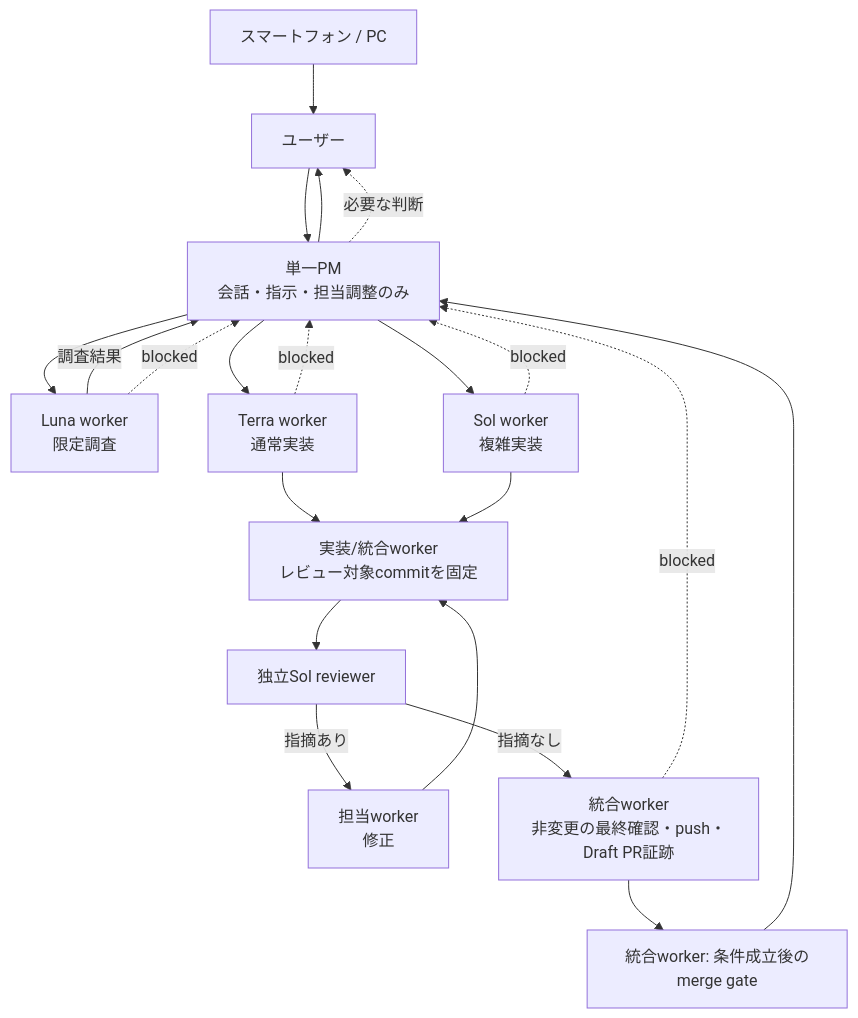
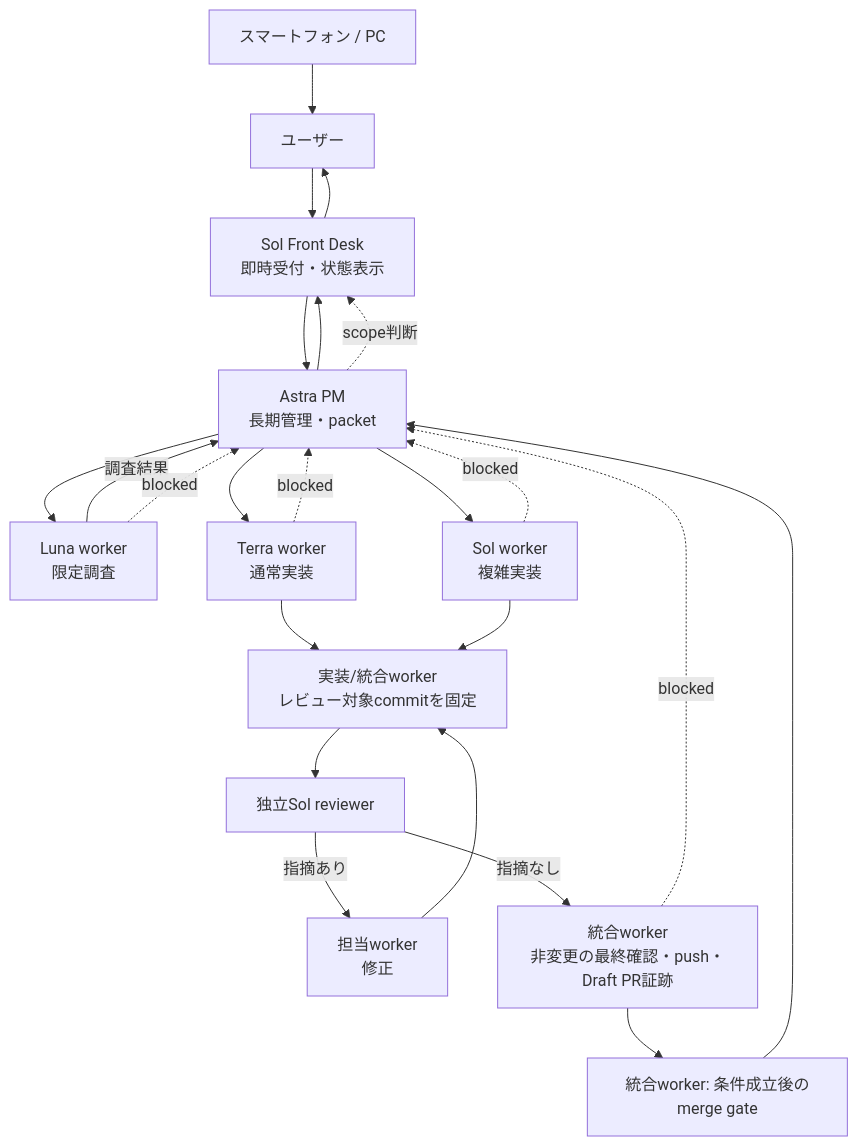
One commit to yomote/agent-world changed the diagram in docs/runbooks/pm-workflow.md. Above: the diagram before and after it, drawn with Mermaid. The commit also changed other lines of this file and 10 other files, not shown here.

Commit message:
feat: split front desk and PM control

````diff
--- a/docs/runbooks/pm-workflow.md
+++ b/docs/runbooks/pm-workflow.md
@@ -22,23 +31,25 @@
 ```mermaid
 flowchart TD
   Device[スマートフォン / PC] --> User[ユーザー]
-  User --> PM[単一PM<br/>会話・指示・担当調整のみ]
-  PM --> Luna[Luna worker<br/>限定調査]
-  PM --> Terra[Terra worker<br/>通常実装]
-  PM --> Sol[Sol worker<br/>複雑実装]
-  Luna -->|調査結果| PM
+  User --> Front[Sol Front Desk<br/>即時受付・状態表示]
+  Front --> Controller[Astra PM<br/>長期管理・packet]
+  Controller --> Luna[Luna worker<br/>限定調査]
+  Controller --> Terra[Terra worker<br/>通常実装]
+  Controller --> Sol[Sol worker<br/>複雑実装]
+  Luna -->|調査結果| Controller
   Terra --> Commit[実装/統合worker<br/>レビュー対象commitを固定]
   Sol --> Commit
   Commit --> Review[独立Sol reviewer]
   Review -->|指摘あり| Fix[担当worker<br/>修正]
   Fix --> Commit
   Review -->|指摘なし| Integrate[統合worker<br/>非変更の最終確認・push・Draft PR証跡]
   Integrate --> Gate[統合worker: 条件成立後のmerge gate]
-  Gate --> PM
-  PM --> User
-  Luna -. blocked .-> PM
-  Terra -. blocked .-> PM
-  Sol -. blocked .-> PM
-  Integrate -. blocked .-> PM
-  PM -. 必要な判断 .-> User
+  Gate --> Controller
+  Controller --> Front
+  Front --> User
+  Luna -. blocked .-> Controller
+  Terra -. blocked .-> Controller
+  Sol -. blocked .-> Controller
+  Integrate -. blocked .-> Controller
+  Controller -. scope判断 .-> Front
 ```
````
